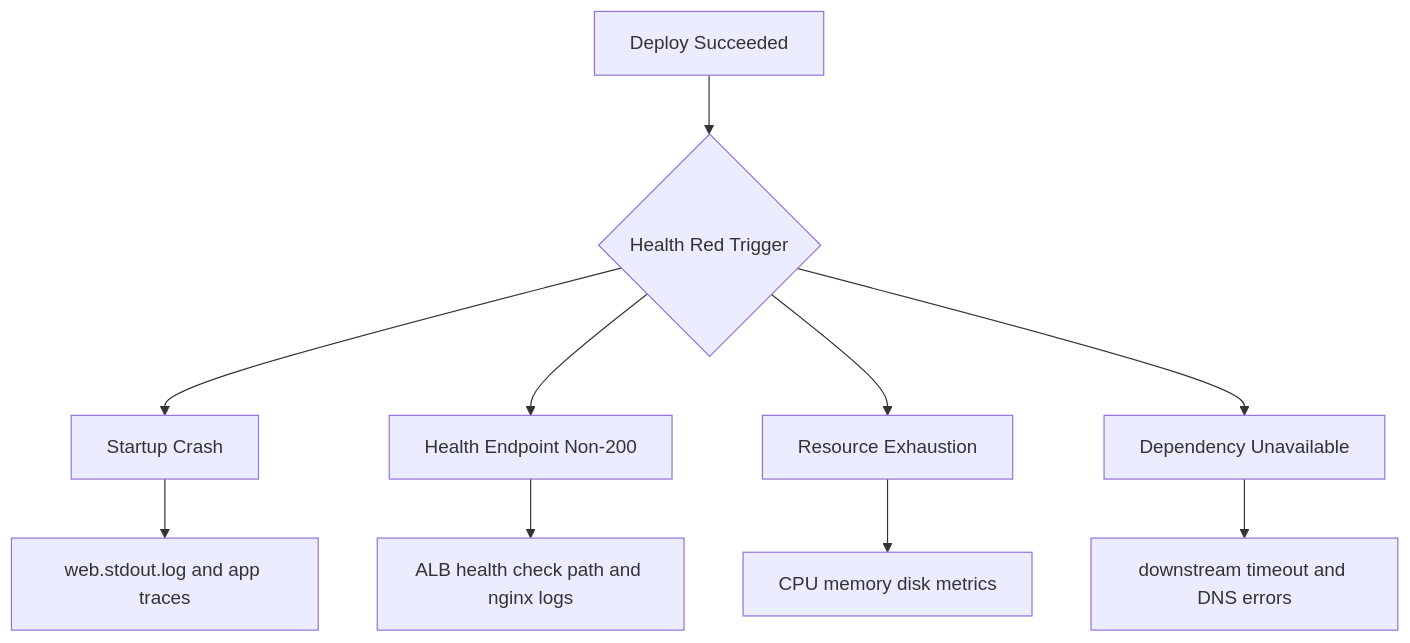
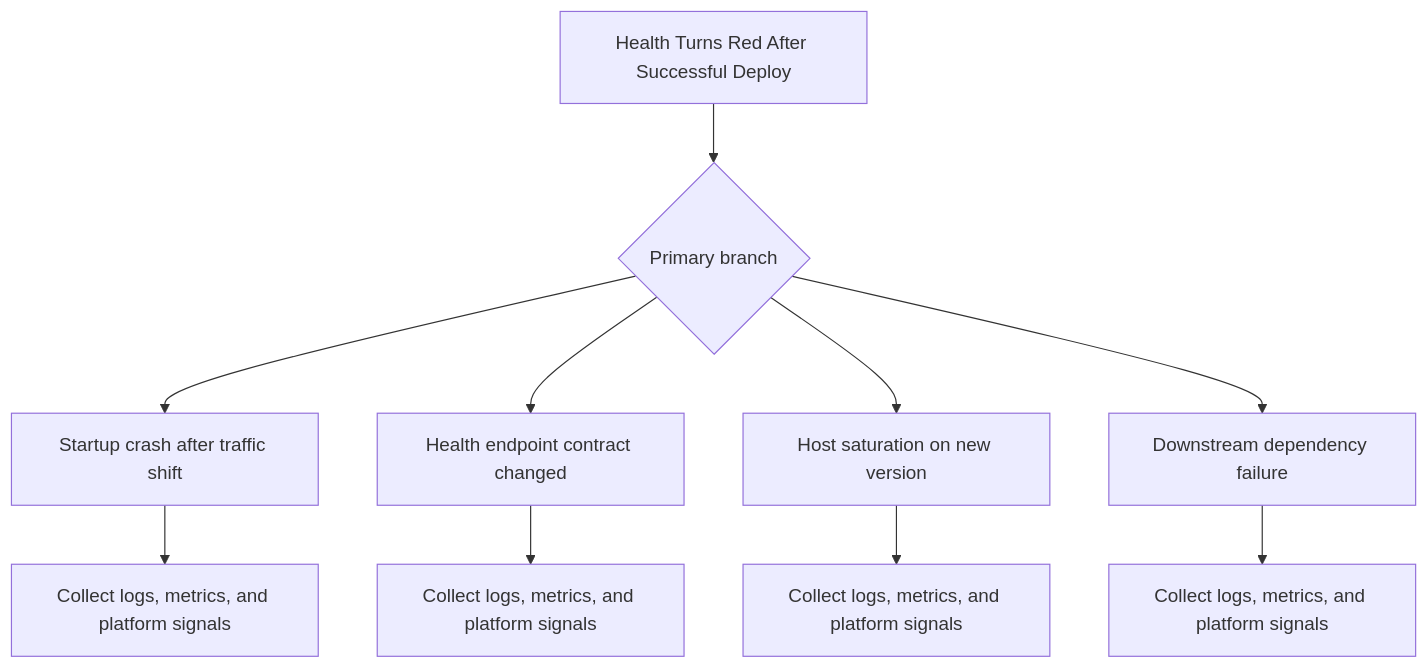
One commit to yeongseon/aws-elastic-beanstalk-practical-guide changed the first of 2 diagrams in docs/troubleshooting/playbooks/deployment-availability/health-red-after-deploy.md. Above: the diagram before and after it, drawn with Mermaid. The commit also changed other lines of this file and 223 other files, not shown here.

````diff
--- a/docs/troubleshooting/playbooks/deployment-availability/health-red-after-deploy.md
+++ b/docs/troubleshooting/playbooks/deployment-availability/health-red-after-deploy.md
@@ -12,12 +6,12 @@
 ```mermaid
 flowchart TD
-    A[Deploy Succeeded] --> B{Health Red Trigger}
-    B --> C[Startup Crash]
-    B --> D[Health Endpoint Non-200]
-    B --> E[Resource Exhaustion]
-    B --> F[Dependency Unavailable]
-    C --> G[web.stdout.log and app traces]
-    D --> H[ALB health check path and nginx logs]
-    E --> I[CPU memory disk metrics]
-    F --> J[downstream timeout and DNS errors]
+    A[Health Turns Red After Successful Deploy] --> B{Primary branch}
+    B --> C1[Startup crash after traffic shift]
+    C1 --> D1[Collect logs, metrics, and platform signals]
+    B --> C2[Health endpoint contract changed]
+    C2 --> D2[Collect logs, metrics, and platform signals]
+    B --> C3[Host saturation on new version]
+    C3 --> D3[Collect logs, metrics, and platform signals]
+    B --> C4[Downstream dependency failure]
+    C4 --> D4[Collect logs, metrics, and platform signals]
 ```
````
